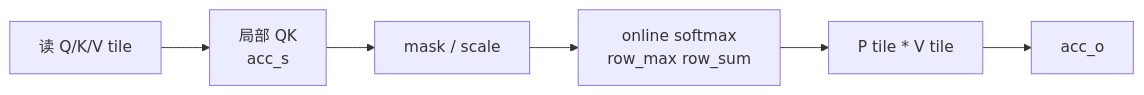
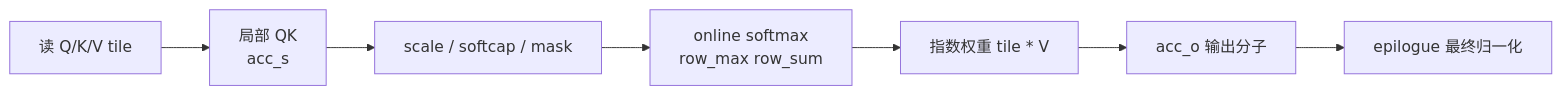
Before and after one commit to OnlyHero5/sglang-reading-vault: the diagram in flash-attn_reading/原理基础/Attention-IO/FlashAttention-算法原点.md, drawn with Mermaid. The commit also changed other lines of this file and 512 other files, not shown here.

````diff
--- a/flash-attn_reading/原理基础/Attention-IO/FlashAttention-算法原点.md
+++ b/flash-attn_reading/原理基础/Attention-IO/FlashAttention-算法原点.md
@@ -62,10 +62,11 @@
 ```mermaid
 flowchart LR
     LOAD["读 Q/K/V tile"]
     QK["局部 QK<br/>acc_s"]
-    MASK["mask / scale"]
+    MODIFY["scale / softcap / mask"]
     OS["online softmax<br/>row_max row_sum"]
-    PV["P tile * V tile"]
-    ACC["acc_o"]
-    LOAD --> QK --> MASK --> OS --> PV --> ACC
+    PV["指数权重 tile * V"]
+    ACC["acc_o 输出分子"]
+    NORM["epilogue 最终归一化"]
+    LOAD --> QK --> MODIFY --> OS --> PV --> ACC --> NORM
 ```
````
